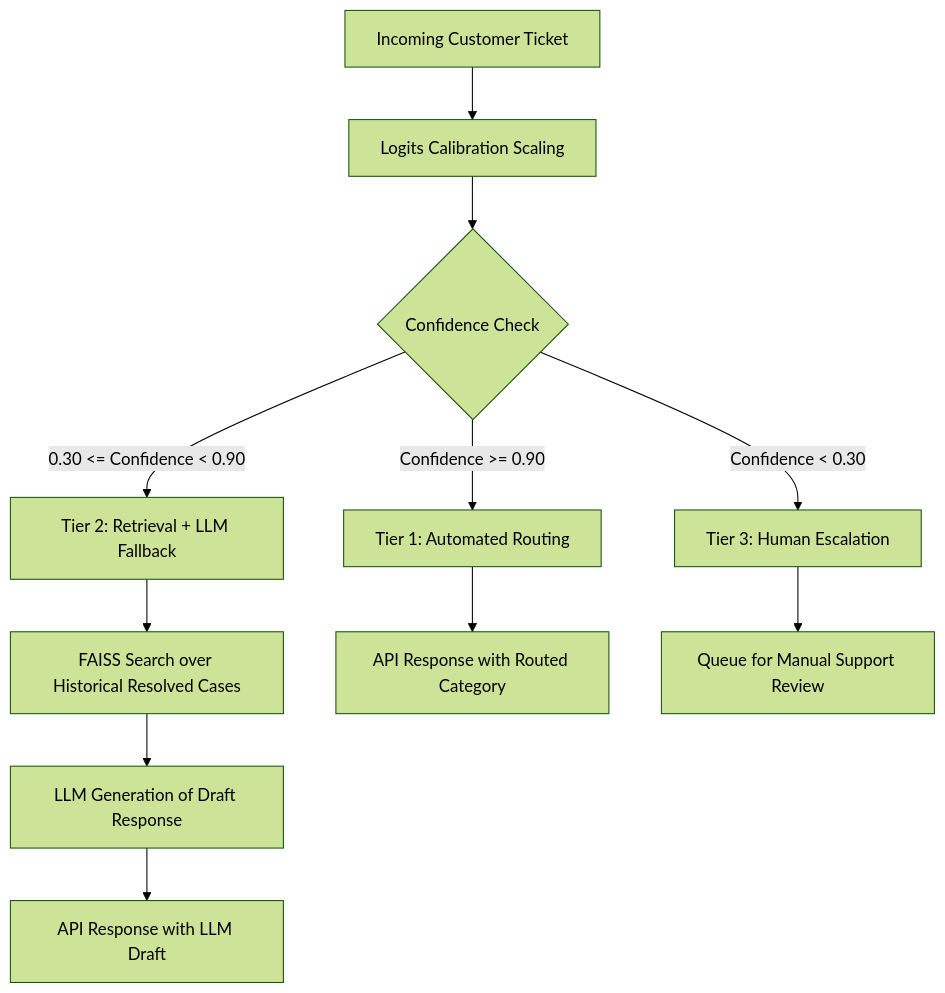
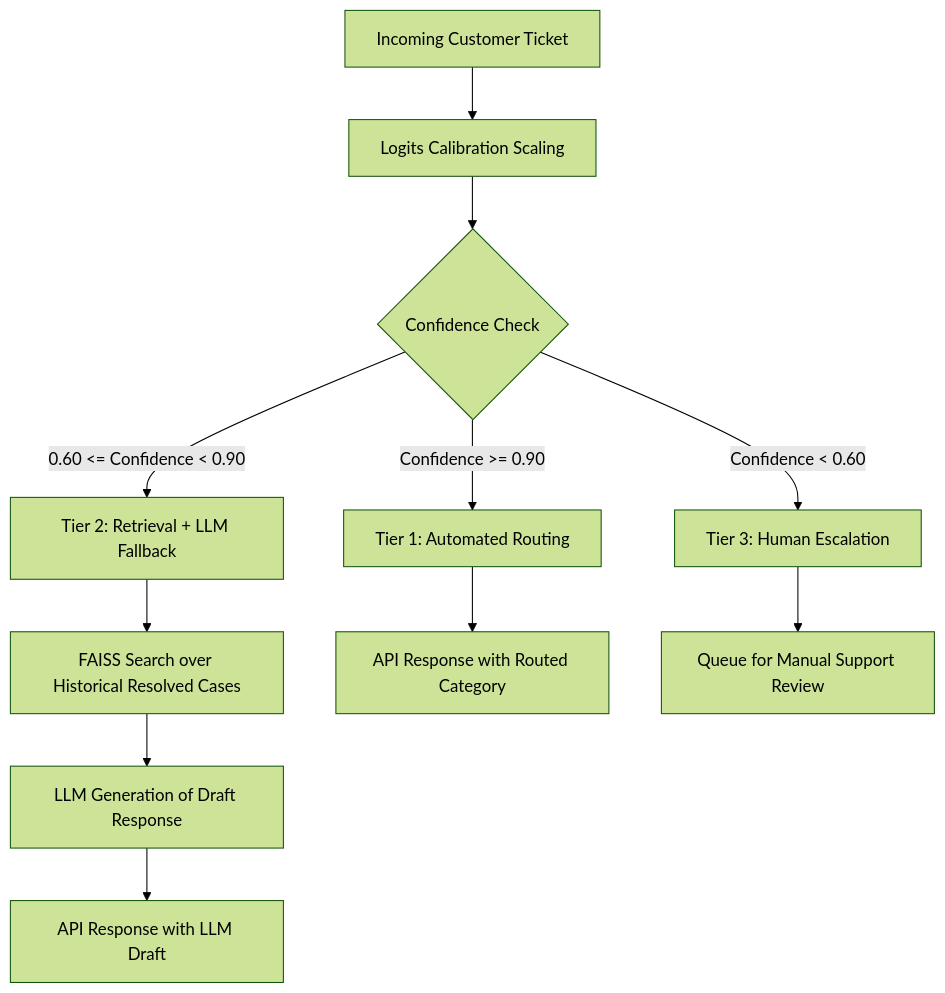
The diagram in README.md (Guna-Venkat/SupportAI), drawn with Mermaid (forest theme) before and after one commit. The commit also changed other lines of this file and 6 other files, not shown here.

````diff
--- a/README.md
+++ b/README.md
@@ -28,13 +34,13 @@
 ```mermaid
 graph TD
     A[Incoming Customer Ticket] --> B[Logits Calibration Scaling]
     B --> C{Confidence Check}
     C -->|Confidence >= 0.90| D[Tier 1: Automated Routing]
-    C -->|0.30 <= Confidence < 0.90| E[Tier 2: Retrieval + LLM Fallback]
-    C -->|Confidence < 0.30| F[Tier 3: Human Escalation]
+    C -->|0.60 <= Confidence < 0.90| E[Tier 2: Retrieval + LLM Fallback]
+    C -->|Confidence < 0.60| F[Tier 3: Human Escalation]
     E --> G[FAISS Search over Historical Resolved Cases]
     G --> H[LLM Generation of Draft Response]
     H --> I[API Response with LLM Draft]
     D --> J[API Response with Routed Category]
     F --> K[Queue for Manual Support Review]
 ```
````
